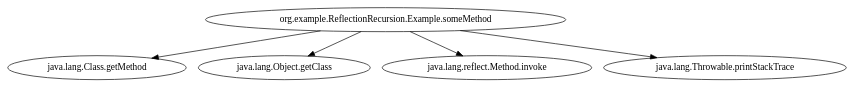
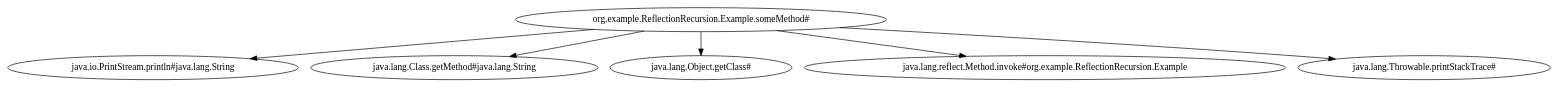
Before and after one commit to sarpsahinalp/astRecursion: the diagram in ReflectionRecursion.dot, drawn with Graphviz. The commit also changed 11 other files, not shown here.

```diff
--- a/ReflectionRecursion.dot
+++ b/ReflectionRecursion.dot
@@ -1,11 +1,13 @@
 strict digraph G {
-  1 [ label="org.example.ReflectionRecursion.Example.someMethod" ];
-  2 [ label="java.lang.Class.getMethod" ];
-  3 [ label="java.lang.Object.getClass" ];
-  4 [ label="java.lang.reflect.Method.invoke" ];
-  5 [ label="java.lang.Throwable.printStackTrace" ];
+  1 [ label="org.example.ReflectionRecursion.Example.someMethod#" ];
+  2 [ label="java.io.PrintStream.println#java.lang.String" ];
+  3 [ label="java.lang.Class.getMethod#java.lang.String" ];
+  4 [ label="java.lang.Object.getClass#" ];
+  5 [ label="java.lang.reflect.Method.invoke#org.example.ReflectionRecursion.Example" ];
+  6 [ label="java.lang.Throwable.printStackTrace#" ];
   1 -> 2;
   1 -> 3;
   1 -> 4;
   1 -> 5;
+  1 -> 6;
 }
```
